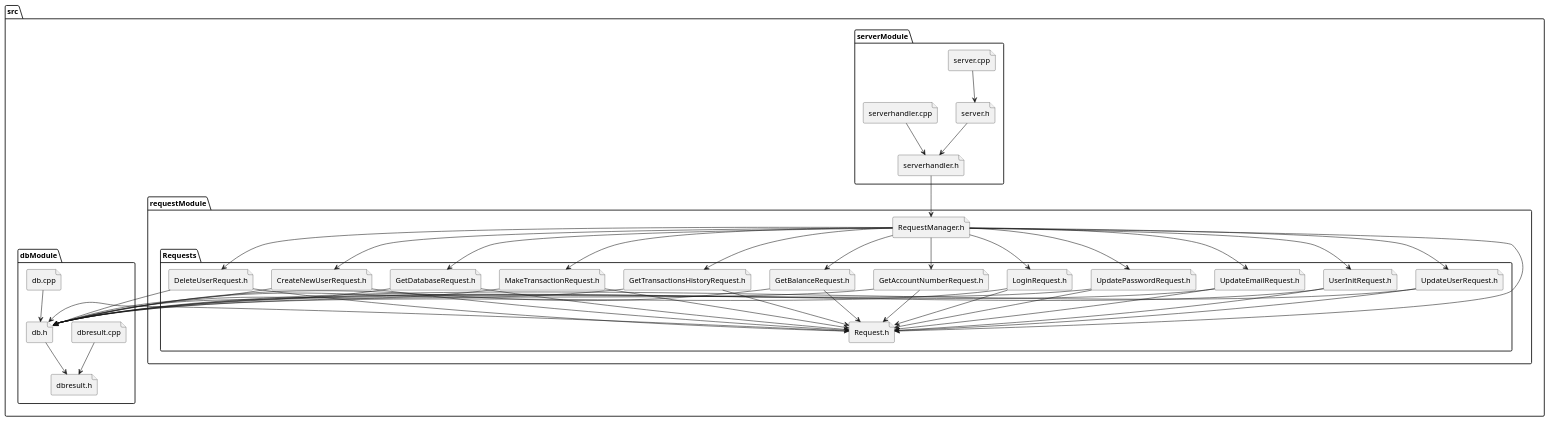
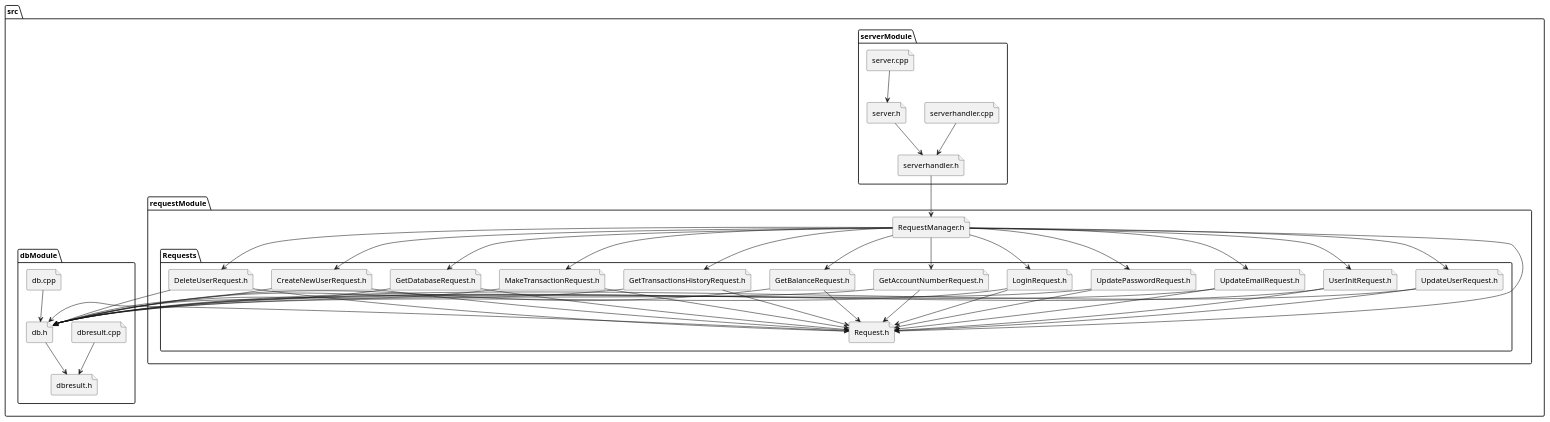
The diagram in docs/diagrams/include_diagram.puml (7osssam/QT-Banking-System-Server), drawn with PlantUML before and after one commit. The commit also changed other lines of this file and 6 other files, not shown here.

Commit message:
Update system class diagram ans state diagram

```diff
--- a/docs/diagrams/include_diagram.puml
+++ b/docs/diagrams/include_diagram.puml
@@ -1,82 +1,82 @@
 @startuml
 folder "src" as C_0009392701334512935369 {
 folder "serverModule" as C_0000376844742298738572 {
+file "serverhandler.cpp" as C_0002802959985742540062
+file "serverhandler.h" as C_0014776125144863485891
 file "server.h" as C_0004930444100045331493
-file "serverhandler.h" as C_0014776125144863485891
 file "server.cpp" as C_0014526408463163538724
-file "serverhandler.cpp" as C_0002802959985742540062
 }
 folder "requestModule" as C_0007249139127462911352 {
 file "RequestManager.h" as C_0004662975987075955962
 folder "Requests" as C_0001482322031337363986 {
 file "Request.h" as C_0000683983954371703321
 file "LoginRequest.h" as C_0009705104522813573766
 file "GetAccountNumberRequest.h" as C_0002027120791438508115
 file "GetBalanceRequest.h" as C_0010044431027817489945
 file "GetTransactionsHistoryRequest.h" as C_0006672437125610379356
 file "MakeTransactionRequest.h" as C_0008063967914262038647
 file "GetDatabaseRequest.h" as C_0009014951225837961074
 file "CreateNewUserRequest.h" as C_0012389142519446737106
 file "DeleteUserRequest.h" as C_0017998885070914382401
 file "UpdateUserRequest.h" as C_0011687987665606014223
 file "UserInitRequest.h" as C_0011066283835893554674
 file "UpdateEmailRequest.h" as C_0000415219272604096448
 file "UpdatePasswordRequest.h" as C_0015919083400246773521
 }
 }
 folder "dbModule" as C_0006877198409089665649 {
 file "db.h" as C_0005021643397729925023
 file "dbresult.h" as C_0012871275894220828006
 file "dbresult.cpp" as C_0016013798473120276547
 file "db.cpp" as C_0010016149012892003898
 }
 }
+C_0002802959985742540062 --> C_0014776125144863485891
+C_0014776125144863485891 --> C_0004662975987075955962
 C_0004930444100045331493 --> C_0014776125144863485891
-C_0014776125144863485891 --> C_0004662975987075955962
 C_0014526408463163538724 --> C_0004930444100045331493
-C_0002802959985742540062 --> C_0014776125144863485891
 C_0004662975987075955962 --> C_0000683983954371703321
 C_0004662975987075955962 --> C_0009705104522813573766
 C_0004662975987075955962 --> C_0002027120791438508115
 C_0004662975987075955962 --> C_0010044431027817489945
 C_0004662975987075955962 --> C_0006672437125610379356
 C_0004662975987075955962 --> C_0008063967914262038647
 C_0004662975987075955962 --> C_0009014951225837961074
 C_0004662975987075955962 --> C_0012389142519446737106
 C_0004662975987075955962 --> C_0017998885070914382401
 C_0004662975987075955962 --> C_0011687987665606014223
 C_0004662975987075955962 --> C_0011066283835893554674
 C_0004662975987075955962 --> C_0000415219272604096448
 C_0004662975987075955962 --> C_0015919083400246773521
 C_0000683983954371703321 --> C_0005021643397729925023
 C_0009705104522813573766 --> C_0000683983954371703321
 C_0009705104522813573766 --> C_0005021643397729925023
 C_0002027120791438508115 --> C_0000683983954371703321
 C_0002027120791438508115 --> C_0005021643397729925023
 C_0010044431027817489945 --> C_0000683983954371703321
 C_0010044431027817489945 --> C_0005021643397729925023
 C_0006672437125610379356 --> C_0000683983954371703321
 C_0006672437125610379356 --> C_0005021643397729925023
 C_0008063967914262038647 --> C_0000683983954371703321
 C_0008063967914262038647 --> C_0005021643397729925023
 C_0009014951225837961074 --> C_0000683983954371703321
 C_0009014951225837961074 --> C_0005021643397729925023
 C_0012389142519446737106 --> C_0000683983954371703321
 C_0012389142519446737106 --> C_0005021643397729925023
 C_0017998885070914382401 --> C_0000683983954371703321
 C_0017998885070914382401 --> C_0005021643397729925023
 C_0011687987665606014223 --> C_0000683983954371703321
 C_0011687987665606014223 --> C_0005021643397729925023
 C_0011066283835893554674 --> C_0000683983954371703321
 C_0011066283835893554674 --> C_0005021643397729925023
 C_0000415219272604096448 --> C_0000683983954371703321
 C_0000415219272604096448 --> C_0005021643397729925023
 C_0015919083400246773521 --> C_0000683983954371703321
 C_0015919083400246773521 --> C_0005021643397729925023
 C_0005021643397729925023 --> C_0012871275894220828006
 C_0016013798473120276547 --> C_0012871275894220828006
 C_0010016149012892003898 --> C_0005021643397729925023
 
 'Generated with clang-uml, version 0.5.3
 'LLVM version clang version 18.1.1 (https://github.com/llvm/llvm-project.git dba2a75e9c7ef81fe84774ba5eee5e67e01d801a)
 @enduml
```
